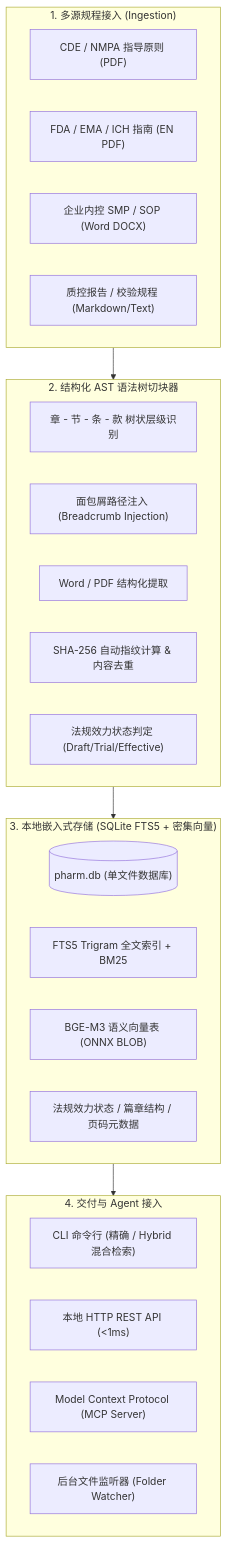
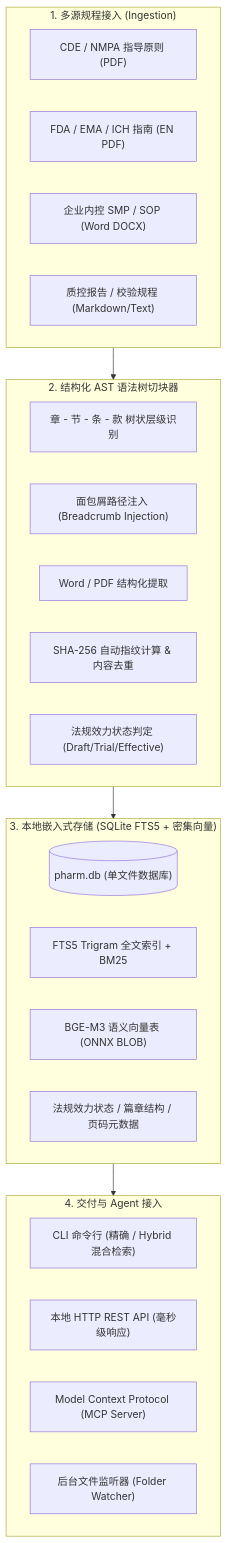
One commit to molezz/Pharm-RAG changed the diagram in README.md. Above: the diagram before and after it, drawn with Mermaid. The commit also changed other lines of this file and 10 other files, not shown here.

````diff
--- a/README.md
+++ b/README.md
@@ -31,35 +31,35 @@
 ```mermaid
 flowchart TD
     subgraph Sources["1. 多源规程接入 (Ingestion)"]
         S1["CDE / NMPA 指导原则 (PDF)"]
         S2["FDA / EMA / ICH 指南 (EN PDF)"]
         S3["企业内控 SMP / SOP (Word DOCX)"]
         S4["质控报告 / 校验规程 (Markdown/Text)"]
     end
 
     subgraph Parser["2. 结构化 AST 语法树切块器"]
         P1["章 - 节 - 条 - 款 树状层级识别"]
         P2["面包屑路径注入 (Breadcrumb Injection)"]
         P3["Word / PDF 结构化提取"]
         P4["SHA-256 自动指纹计算 & 内容去重"]
         P5["法规效力状态判定 (Draft/Trial/Effective)"]
     end
 
     subgraph Storage["3. 本地嵌入式存储 (SQLite FTS5 + 密集向量)"]
         DB[("pharm.db (单文件数据库)")]
         FTS["FTS5 Trigram 全文索引 + BM25"]
         VEC["BGE-M3 语义向量表 (ONNX BLOB)"]
         META["法规效力状态 / 篇章结构 / 页码元数据"]
     end
 
     subgraph Interfaces["4. 交付与 Agent 接入"]
         CLI["CLI 命令行 (精确 / Hybrid 混合检索)"]
-        REST["本地 HTTP REST API (&lt;1ms)"]
+        REST["本地 HTTP REST API (毫秒级响应)"]
         MCP["Model Context Protocol (MCP Server)"]
         WATCH["后台文件监听器 (Folder Watcher)"]
     end
 
     Sources --> Parser
     Parser --> Storage
     Storage --> Interfaces
 ```
````
